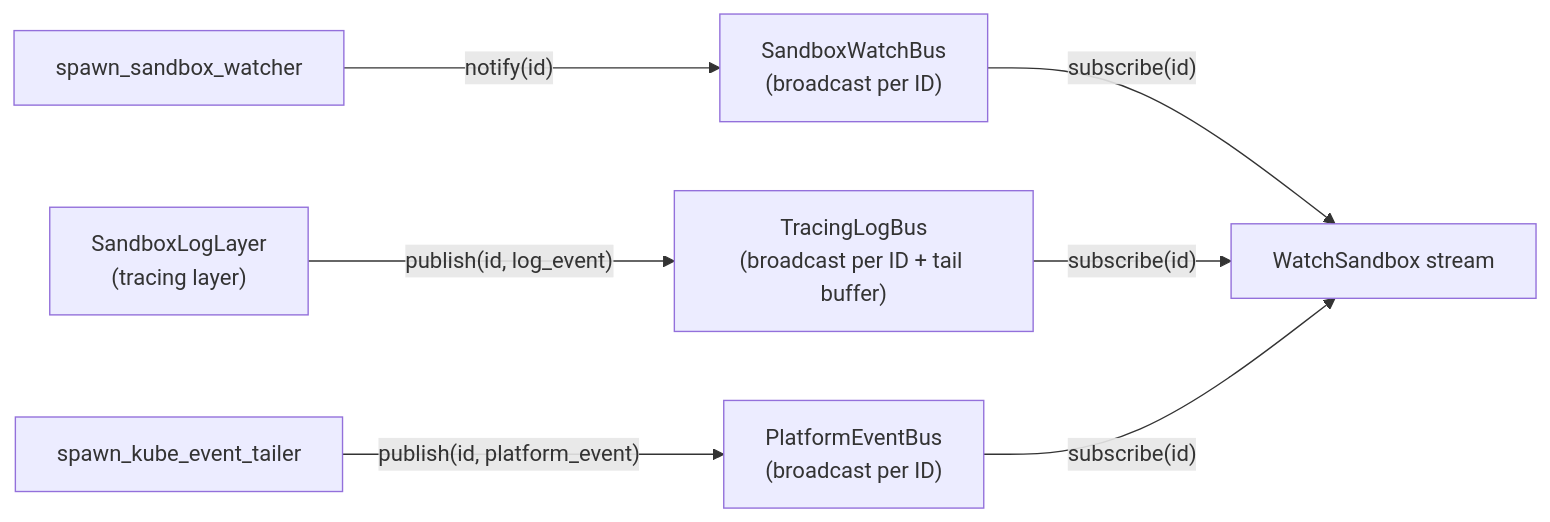
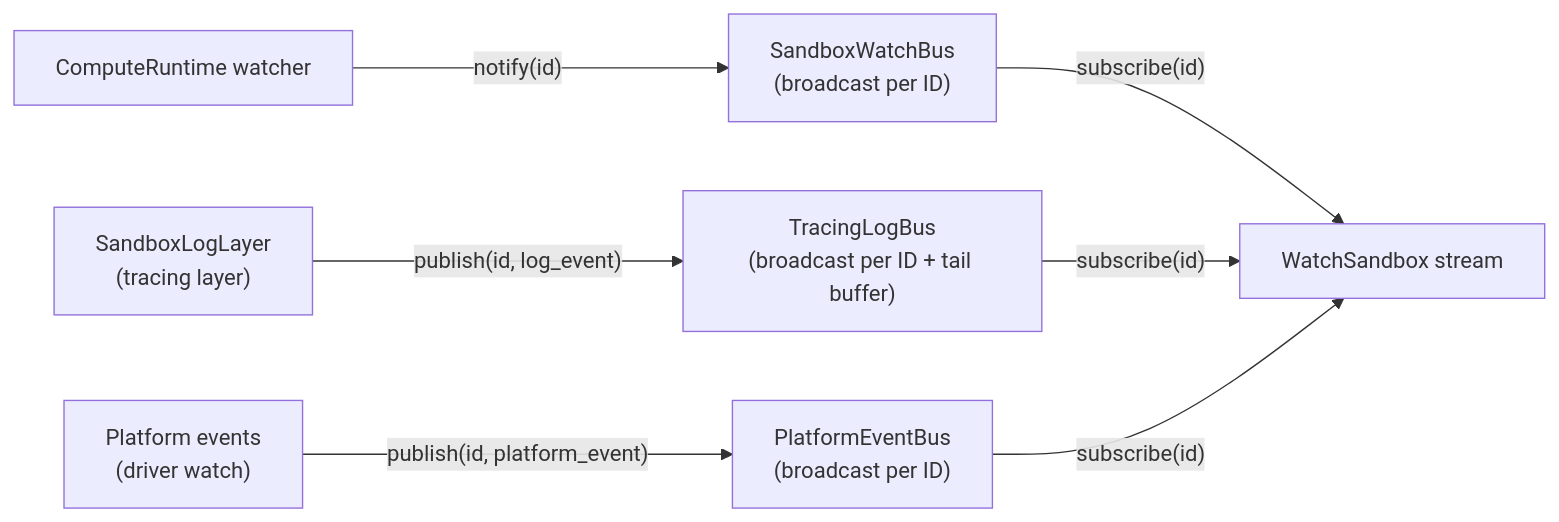
Before and after one commit to st-gr/OpenShell: the third of 3 diagrams in architecture/gateway.md, drawn with Mermaid. The commit also changed other lines of this file and 40 other files, not shown here.

````diff
--- a/architecture/gateway.md
+++ b/architecture/gateway.md
@@ -368,20 +491,20 @@
 ```mermaid
 graph LR
-    SW["spawn_sandbox_watcher"]
-    ET["spawn_kube_event_tailer"]
+    CW["ComputeRuntime watcher"]
+    PE["Platform events<br/>(driver watch)"]
     TL["SandboxLogLayer<br/>(tracing layer)"]
 
     WB["SandboxWatchBus<br/>(broadcast per ID)"]
     LB["TracingLogBus<br/>(broadcast per ID + tail buffer)"]
     PB["PlatformEventBus<br/>(broadcast per ID)"]
 
     WS["WatchSandbox stream"]
 
-    SW -->|"notify(id)"| WB
+    CW -->|"notify(id)"| WB
     TL -->|"publish(id, log_event)"| LB
-    ET -->|"publish(id, platform_event)"| PB
+    PE -->|"publish(id, platform_event)"| PB
 
     WB -->|"subscribe(id)"| WS
     LB -->|"subscribe(id)"| WS
     PB -->|"subscribe(id)"| WS
 ```
````
